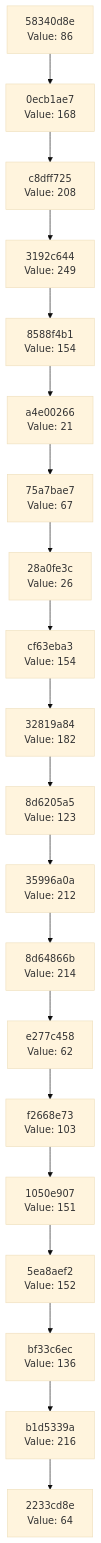
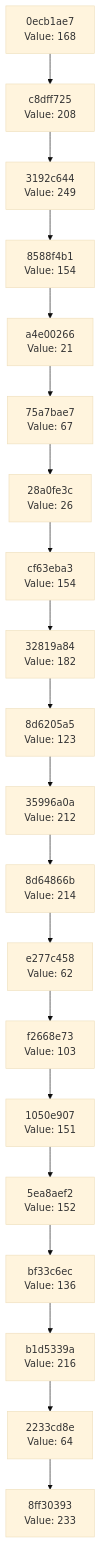
One commit to Abhisheksinha1506/hash-chain-evolver changed the diagram in docs/CHAIN_VISUALIZATION.md. Above: the diagram before and after it, drawn with Mermaid (base theme). The commit also changed 2 other files, not shown here.

Commit message:
Evolution step: hash 0xE9 → action executed

````diff
--- a/docs/CHAIN_VISUALIZATION.md
+++ b/docs/CHAIN_VISUALIZATION.md
@@ -3,42 +3,42 @@
 ```mermaid
 graph TD
-    C0["2233cd8e<br/>Value: 64"]
-    C1["b1d5339a<br/>Value: 216"]
+    C0["8ff30393<br/>Value: 233"]
+    C1["2233cd8e<br/>Value: 64"]
     C1 --> C0
-    C2["bf33c6ec<br/>Value: 136"]
+    C2["b1d5339a<br/>Value: 216"]
     C2 --> C1
-    C3["5ea8aef2<br/>Value: 152"]
+    C3["bf33c6ec<br/>Value: 136"]
     C3 --> C2
-    C4["1050e907<br/>Value: 151"]
+    C4["5ea8aef2<br/>Value: 152"]
     C4 --> C3
-    C5["f2668e73<br/>Value: 103"]
+    C5["1050e907<br/>Value: 151"]
     C5 --> C4
-    C6["e277c458<br/>Value: 62"]
+    C6["f2668e73<br/>Value: 103"]
     C6 --> C5
-    C7["8d64866b<br/>Value: 214"]
+    C7["e277c458<br/>Value: 62"]
     C7 --> C6
-    C8["35996a0a<br/>Value: 212"]
+    C8["8d64866b<br/>Value: 214"]
     C8 --> C7
-    C9["8d6205a5<br/>Value: 123"]
+    C9["35996a0a<br/>Value: 212"]
     C9 --> C8
-    C10["32819a84<br/>Value: 182"]
+    C10["8d6205a5<br/>Value: 123"]
     C10 --> C9
-    C11["cf63eba3<br/>Value: 154"]
+    C11["32819a84<br/>Value: 182"]
     C11 --> C10
-    C12["28a0fe3c<br/>Value: 26"]
+    C12["cf63eba3<br/>Value: 154"]
     C12 --> C11
-    C13["75a7bae7<br/>Value: 67"]
+    C13["28a0fe3c<br/>Value: 26"]
     C13 --> C12
-    C14["a4e00266<br/>Value: 21"]
+    C14["75a7bae7<br/>Value: 67"]
     C14 --> C13
-    C15["8588f4b1<br/>Value: 154"]
+    C15["a4e00266<br/>Value: 21"]
     C15 --> C14
-    C16["3192c644<br/>Value: 249"]
+    C16["8588f4b1<br/>Value: 154"]
     C16 --> C15
-    C17["c8dff725<br/>Value: 208"]
+    C17["3192c644<br/>Value: 249"]
     C17 --> C16
-    C18["0ecb1ae7<br/>Value: 168"]
+    C18["c8dff725<br/>Value: 208"]
     C18 --> C17
-    C19["58340d8e<br/>Value: 86"]
+    C19["0ecb1ae7<br/>Value: 168"]
     C19 --> C18
 ```
````
